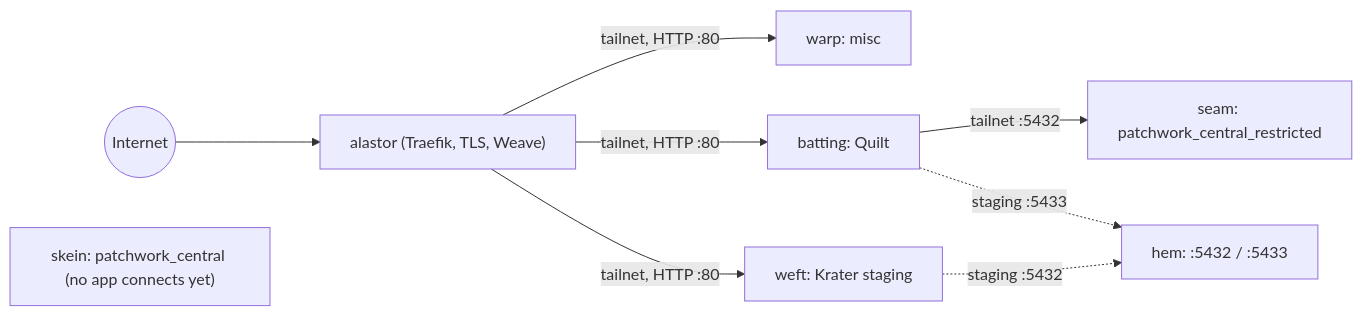
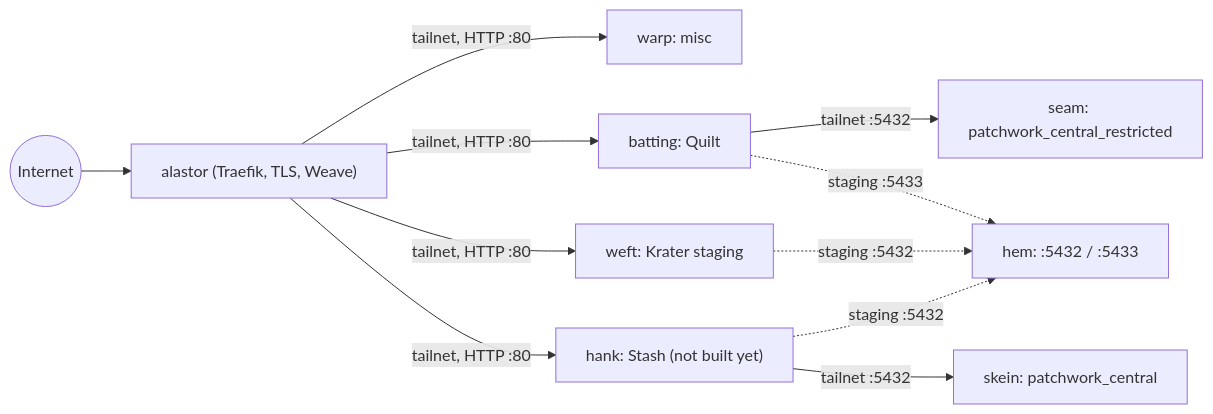
The first of 5 diagrams in README.md (patchworklabsorg/infra), drawn with Mermaid before and after one commit. The commit also changed 8 other files, not shown here.

````diff
--- a/README.md
+++ b/README.md
@@ -65,11 +65,13 @@
 ```mermaid
 flowchart LR
   internet((Internet)) --> alastor["alastor (Traefik, TLS, Weave)"]
   alastor -- "tailnet, HTTP :80" --> warp["warp: misc"]
   alastor -- "tailnet, HTTP :80" --> batting["batting: Quilt"]
   alastor -- "tailnet, HTTP :80" --> weft["weft: Krater staging"]
+  alastor -- "tailnet, HTTP :80" --> hank["hank: Stash (not built yet)"]
   batting -- "tailnet :5432" --> seam["seam: patchwork_central_restricted"]
   batting -. "staging :5433" .-> hem["hem: :5432 / :5433"]
   weft -. "staging :5432" .-> hem
-  skein["skein: patchwork_central (no app connects yet)"]
+  hank -- "tailnet :5432" --> skein["skein: patchwork_central"]
+  hank -. "staging :5432" .-> hem
 ```
````
